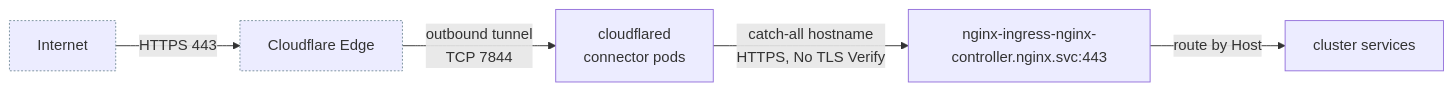
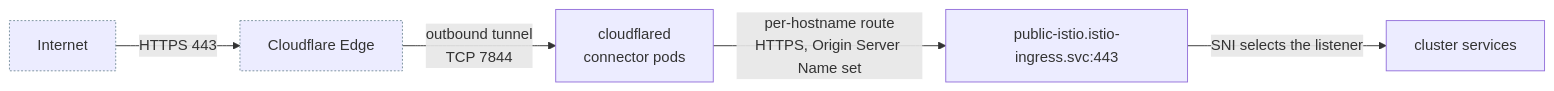
One commit to chrisleekr/homelab-infrastructure changed the diagram in docs/stage2/cloudflare-tunnel.md. Above: the diagram before and after it, drawn with Mermaid. The commit also changed other lines of this file and 143 other files, not shown here.

Commit message:
feat(stage2): migrate nginx-ingress to Istio Gateway API (#119)

````diff
--- a/docs/stage2/cloudflare-tunnel.md
+++ b/docs/stage2/cloudflare-tunnel.md
@@ -9,9 +9,9 @@
 ```mermaid
 flowchart LR
   Internet["Internet"]:::aux -->|"HTTPS 443"| Edge["Cloudflare Edge"]:::aux
   Edge -->|"outbound tunnel<br/>TCP 7844"| Conn["cloudflared<br/>connector pods"]
-  Conn -->|"catch-all hostname<br/>HTTPS, No TLS Verify"| Ingress["nginx-ingress-nginx-controller.nginx.svc:443"]
-  Ingress -->|"route by Host"| Apps["cluster services"]
+  Conn -->|"per-hostname route<br/>HTTPS, Origin Server Name set"| Gateway["public-istio.istio-ingress.svc:443"]
+  Gateway -->|"SNI selects the listener"| Apps["cluster services"]
 
   classDef aux stroke:#78909c,stroke-dasharray:2 2
 ```
````
